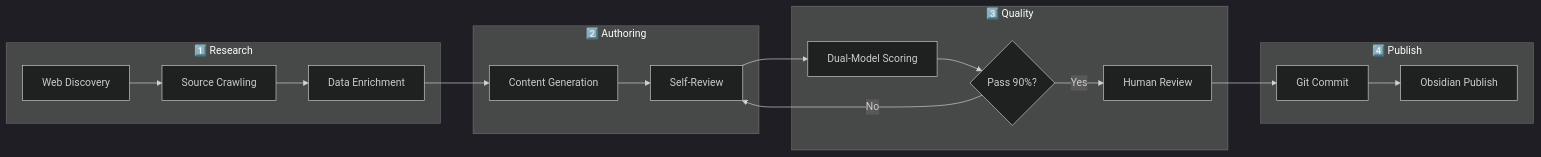
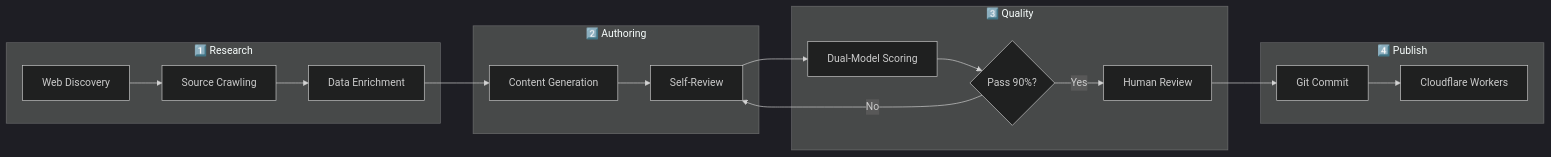
One commit to d4rkwyng/sierravault changed the first of 2 diagrams in README.md. Above: the diagram before and after it, drawn with Mermaid (dark theme). The commit also changed other lines of this file, not shown here.

First line of the commit message:
README: add logo banner + update hosting to Quartz/Cloudflare Workers

````diff
--- a/README.md
+++ b/README.md
@@ -95,24 +99,24 @@
 ```mermaid
 flowchart LR
     subgraph Research["1️⃣ Research"]
         A[Web Discovery] --> B[Source Crawling]
         B --> C[Data Enrichment]
     end
     
     subgraph Author["2️⃣ Authoring"]
         C --> D[Content Generation]
         D --> E[Self-Review]
     end
     
     subgraph Quality["3️⃣ Quality"]
         E --> F[Dual-Model Scoring]
         F --> G{Pass 90%?}
         G -->|No| E
         G -->|Yes| H[Human Review]
     end
     
     subgraph Publish["4️⃣ Publish"]
         H --> I[Git Commit]
-        I --> J[Obsidian Publish]
+        I --> J[Cloudflare Workers]
     end
 ```
````
